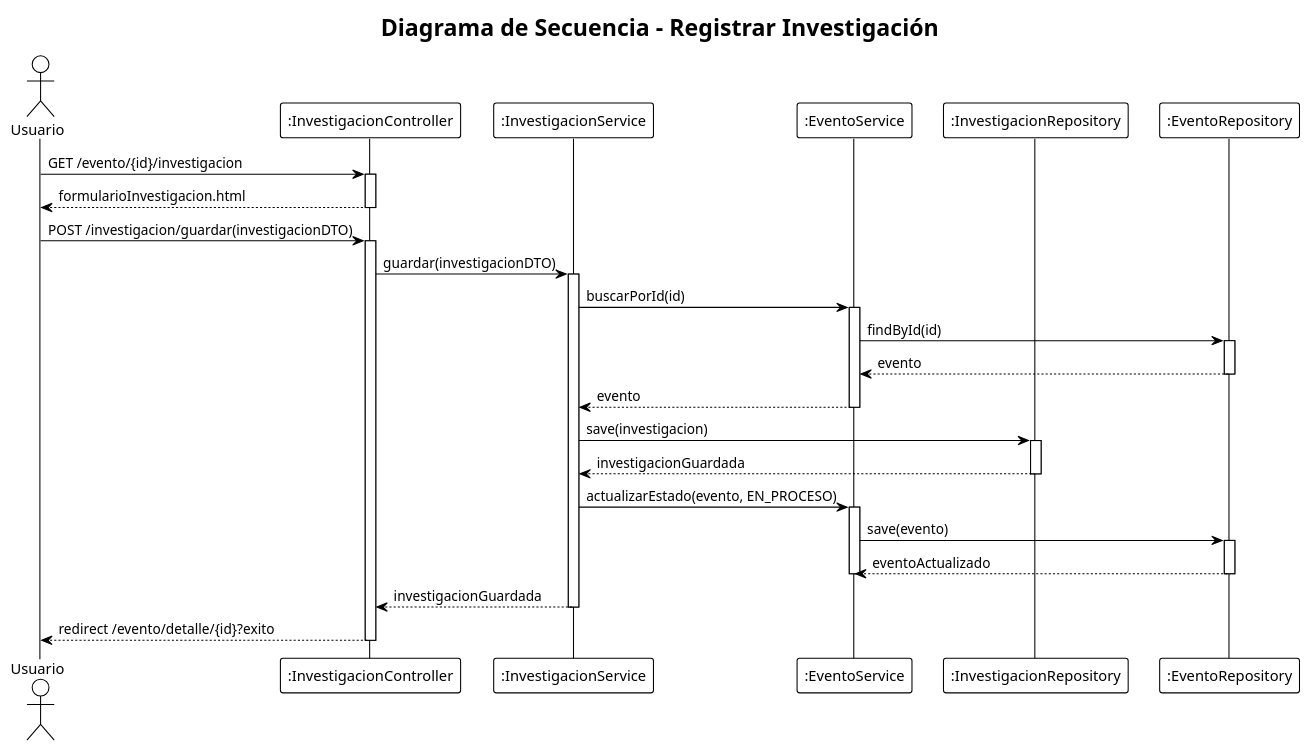
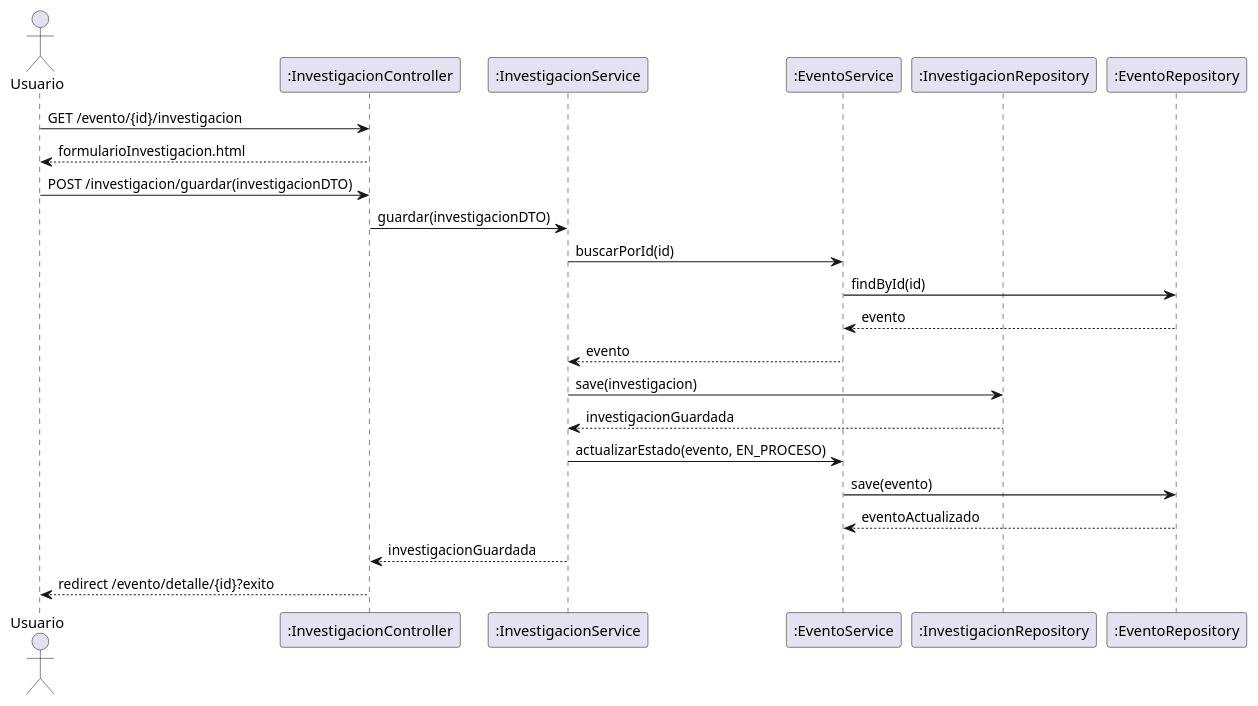
The diagram in planeacion/uml/03-secuencia-investigacion.puml (BrayanZR29/SST), drawn with PlantUML before and after one commit. The commit also changed 14 other files, not shown here.

```diff
--- a/planeacion/uml/03-secuencia-investigacion.puml
+++ b/planeacion/uml/03-secuencia-investigacion.puml
@@ -1,52 +1,29 @@
 @startuml SecuenciaInvestigacion
-!theme plain
-
-title Diagrama de Secuencia - Registrar Investigación
-
 actor Usuario
 participant ":InvestigacionController" as ctrl
 participant ":InvestigacionService" as svc
 participant ":EventoService" as evtSvc
 participant ":InvestigacionRepository" as repo
 participant ":EventoRepository" as evtRepo
 
 Usuario -> ctrl : GET /evento/{id}/investigacion
-activate ctrl
 ctrl --> Usuario : formularioInvestigacion.html
-deactivate ctrl
 
 Usuario -> ctrl : POST /investigacion/guardar(investigacionDTO)
-activate ctrl
-
 ctrl -> svc : guardar(investigacionDTO)
-activate svc
 
 svc -> evtSvc : buscarPorId(id)
-activate evtSvc
 evtSvc -> evtRepo : findById(id)
-activate evtRepo
 evtRepo --> evtSvc : evento
-deactivate evtRepo
 evtSvc --> svc : evento
-deactivate evtSvc
 
 svc -> repo : save(investigacion)
-activate repo
 repo --> svc : investigacionGuardada
-deactivate repo
 
 svc -> evtSvc : actualizarEstado(evento, EN_PROCESO)
-activate evtSvc
 evtSvc -> evtRepo : save(evento)
-activate evtRepo
 evtRepo --> evtSvc : eventoActualizado
-deactivate evtRepo
-deactivate evtSvc
 
 svc --> ctrl : investigacionGuardada
-deactivate svc
-
 ctrl --> Usuario : redirect /evento/detalle/{id}?exito
-deactivate ctrl
-
 @enduml
```
